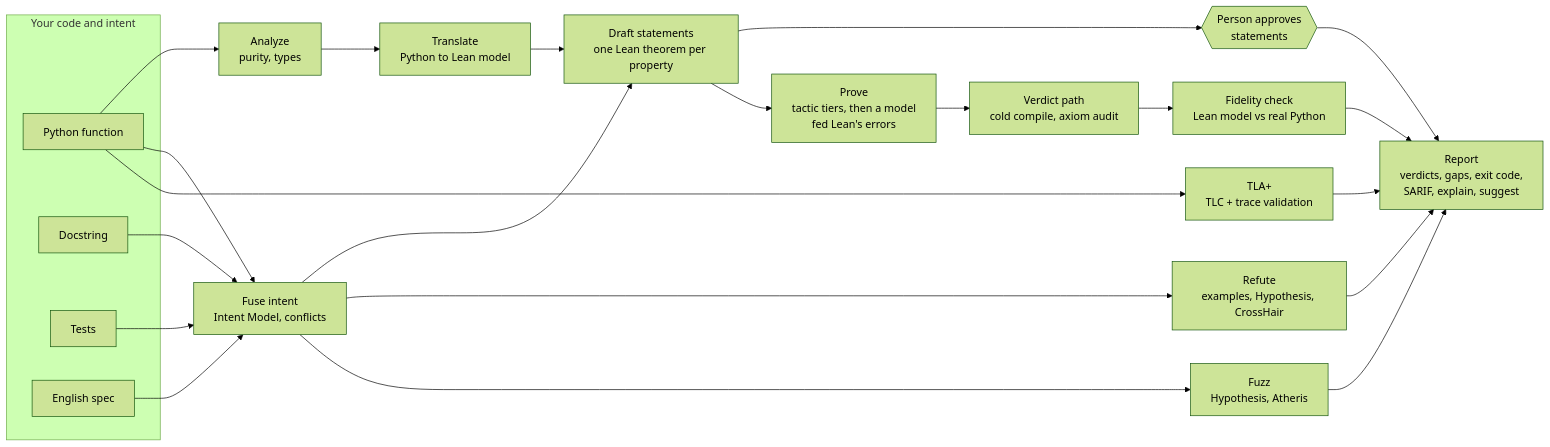
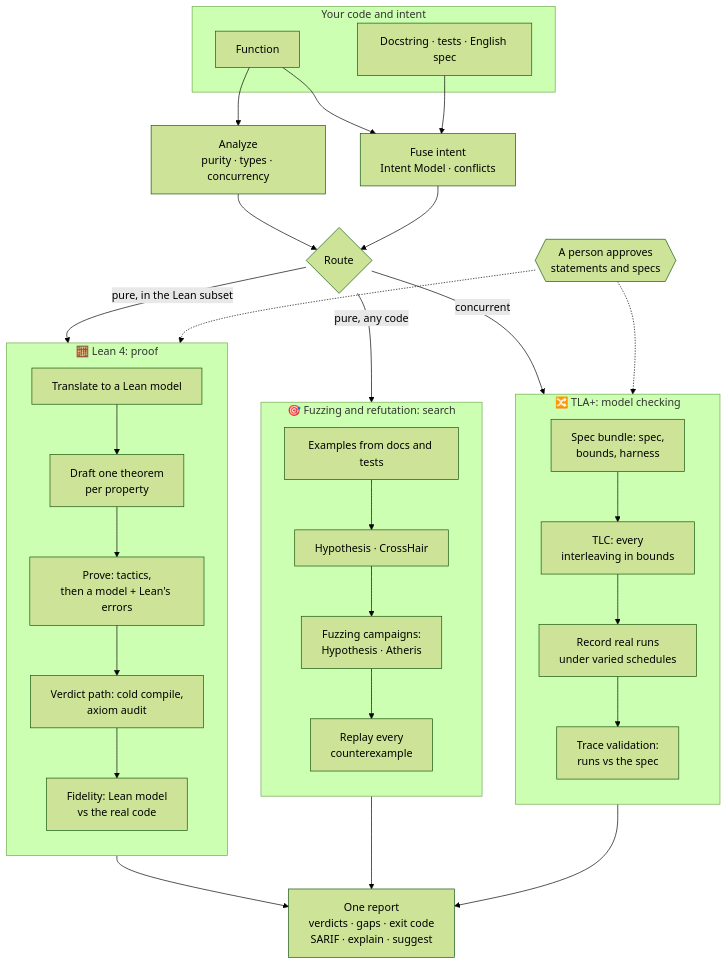
The diagram in README.md (HyperionAI-Tech/apex), drawn with Mermaid (forest theme) before and after one commit. The commit also changed other lines of this file and 4 other files, not shown here.

First line of the commit message:
README: present Apex as a three-engine stack (Lean 4, TLA+, fuzzing)

````diff
--- a/README.md
+++ b/README.md
@@ -398,26 +443,36 @@
 ```mermaid
-flowchart LR
-    subgraph IN[Your code and intent]
-      SRC[Python function]
-      DOC[Docstring]
-      TST[Tests]
-      ENG[English spec]
+flowchart TB
+    subgraph IN["Your code and intent"]
+      SRC[Function]
+      INT["Docstring · tests · English spec"]
     end
-    SRC --> AN[Analyze<br/>purity, types]
-    AN --> TR[Translate<br/>Python to Lean model]
-    DOC & TST & ENG & SRC --> FU[Fuse intent<br/>Intent Model, conflicts]
-    FU --> DR[Draft statements<br/>one Lean theorem per property]
-    TR --> DR
-    DR --> RV{{Person approves<br/>statements}}
-    DR --> PR[Prove<br/>tactic tiers, then a model<br/>fed Lean's errors]
-    PR --> VP[Verdict path<br/>cold compile, axiom audit]
-    VP --> FI[Fidelity check<br/>Lean model vs real Python]
-    FU --> RF[Refute<br/>examples, Hypothesis, CrossHair]
-    FU --> FZ[Fuzz<br/>Hypothesis, Atheris]
-    SRC --> TLA[TLA+<br/>TLC + trace validation]
-    RV --> REP
-    FI --> REP[Report<br/>verdicts, gaps, exit code,<br/>SARIF, explain, suggest]
-    RF --> REP
-    FZ --> REP
-    TLA --> REP
+    SRC --> AN["Analyze<br/>purity · types · concurrency"]
+    SRC & INT --> FU["Fuse intent<br/>Intent Model · conflicts"]
+    AN --> RT{Route}
+    FU --> RT
+    RT -- "pure, in the Lean subset" --> LEAN
+    RT -- "pure, any code" --> FUZZ
+    RT -- "concurrent" --> TLA
+    subgraph LEAN["🧮 Lean 4: proof"]
+      direction TB
+      L1["Translate to a Lean model"] --> L2["Draft one theorem<br/>per property"]
+      L2 --> L3["Prove: tactics,<br/>then a model + Lean's errors"]
+      L3 --> L4["Verdict path: cold compile,<br/>axiom audit"]
+      L4 --> L5["Fidelity: Lean model<br/>vs the real code"]
+    end
+    subgraph FUZZ["🎯 Fuzzing and refutation: search"]
+      direction TB
+      F1["Examples from docs and tests"] --> F2["Hypothesis · CrossHair"]
+      F2 --> F3["Fuzzing campaigns:<br/>Hypothesis · Atheris"]
+      F3 --> F4["Replay every<br/>counterexample"]
+    end
+    subgraph TLA["🔀 TLA+: model checking"]
+      direction TB
+      T1["Spec bundle: spec,<br/>bounds, harness"] --> T2["TLC: every<br/>interleaving in bounds"]
+      T2 --> T3["Record real runs<br/>under varied schedules"]
+      T3 --> T4["Trace validation:<br/>runs vs the spec"]
+    end
+    AP{{"A person approves<br/>statements and specs"}} -.-> LEAN
+    AP -.-> TLA
+    LEAN & FUZZ & TLA --> REP["One report<br/>verdicts · gaps · exit code<br/>SARIF · explain · suggest"]
 ```
````
